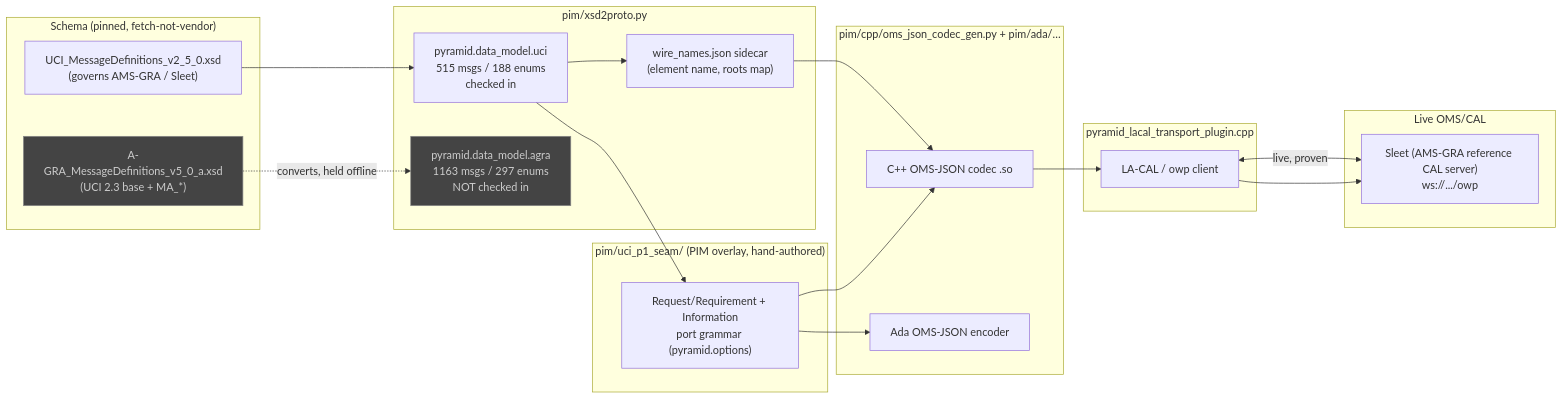
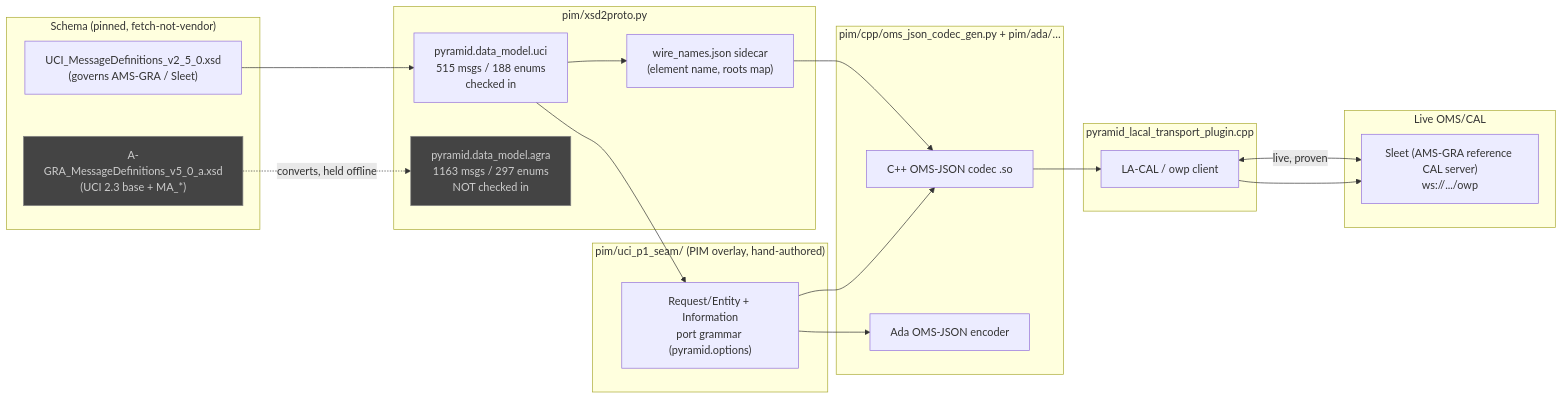
Before and after one commit to Ackoogin/mujin: the diagram in subprojects/PYRAMID/doc/architecture/oms_agra_compatibility.md, drawn with Mermaid. The commit also changed other lines of this file and 73 other files, not shown here.

First line of the commit message:
Complete the port-grammar requirement->entity rename

````diff
--- a/subprojects/PYRAMID/doc/architecture/oms_agra_compatibility.md
+++ b/subprojects/PYRAMID/doc/architecture/oms_agra_compatibility.md
@@ -52,40 +52,40 @@
 ```mermaid
 flowchart LR
   subgraph Schema["Schema (pinned, fetch-not-vendor)"]
     XSD1["UCI_MessageDefinitions_v2_5_0.xsd\n(governs AMS-GRA / Sleet)"]
     XSD2["A-GRA_MessageDefinitions_v5_0_a.xsd\n(UCI 2.3 base + MA_*)"]
   end
 
   subgraph Convert["pim/xsd2proto.py"]
     P1proto["pyramid.data_model.uci\n515 msgs / 188 enums\nchecked in"]
     P2proto["pyramid.data_model.agra\n1163 msgs / 297 enums\nNOT checked in"]
     WN["wire_names.json sidecar\n(element name, roots map)"]
   end
 
   subgraph Overlay["pim/uci_p1_seam/ (PIM overlay, hand-authored)"]
-    Ports["Request/Requirement + Information\nport grammar (pyramid.options)"]
+    Ports["Request/Entity + Information\nport grammar (pyramid.options)"]
   end
 
   subgraph Codec["pim/cpp/oms_json_codec_gen.py + pim/ada/…"]
     CppCodec["C++ OMS-JSON codec .so"]
     AdaCodec["Ada OMS-JSON encoder"]
   end
 
   subgraph Transport["pyramid_lacal_transport_plugin.cpp"]
     LACAL["LA-CAL / owp client"]
   end
 
   subgraph Wire["Live OMS/CAL"]
     Sleet["Sleet (AMS-GRA reference CAL server)\nws://.../owp"]
   end
 
   XSD1 --> P1proto --> WN
   XSD2 -.->|converts, held offline| P2proto
   P1proto --> Ports --> CppCodec & AdaCodec
   WN --> CppCodec
   CppCodec --> LACAL --> Sleet
   Sleet <-->|live, proven| LACAL
 
   style P2proto fill:#444,stroke:#888,color:#ccc
   style XSD2 fill:#444,stroke:#888,color:#ccc
 ```
````
